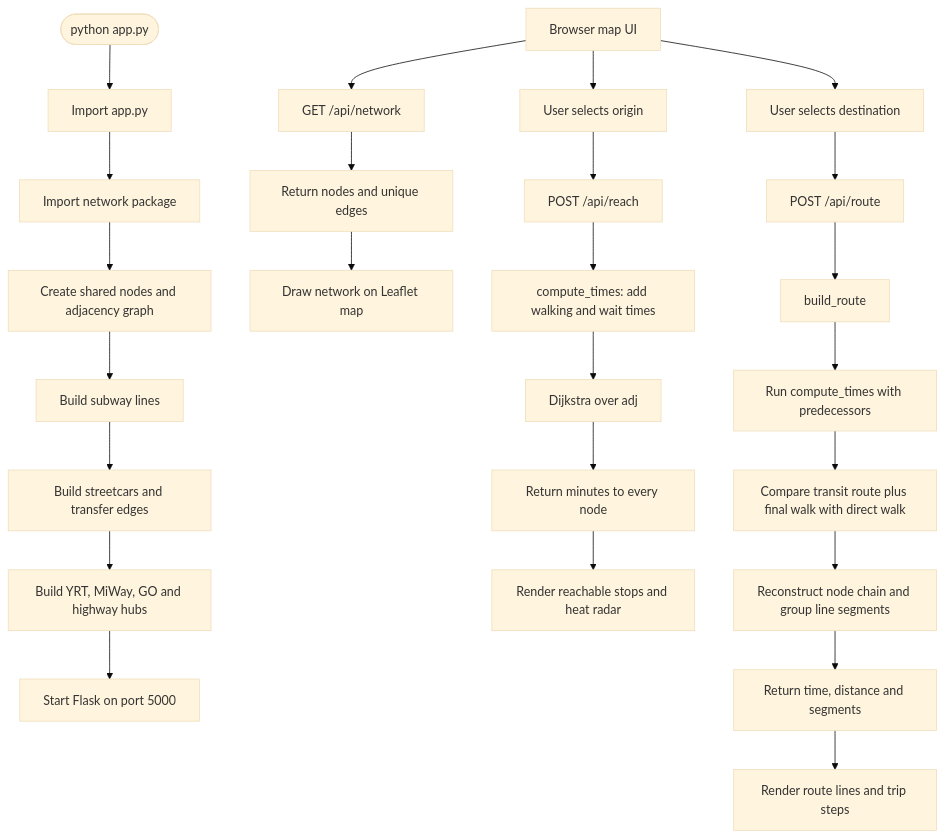
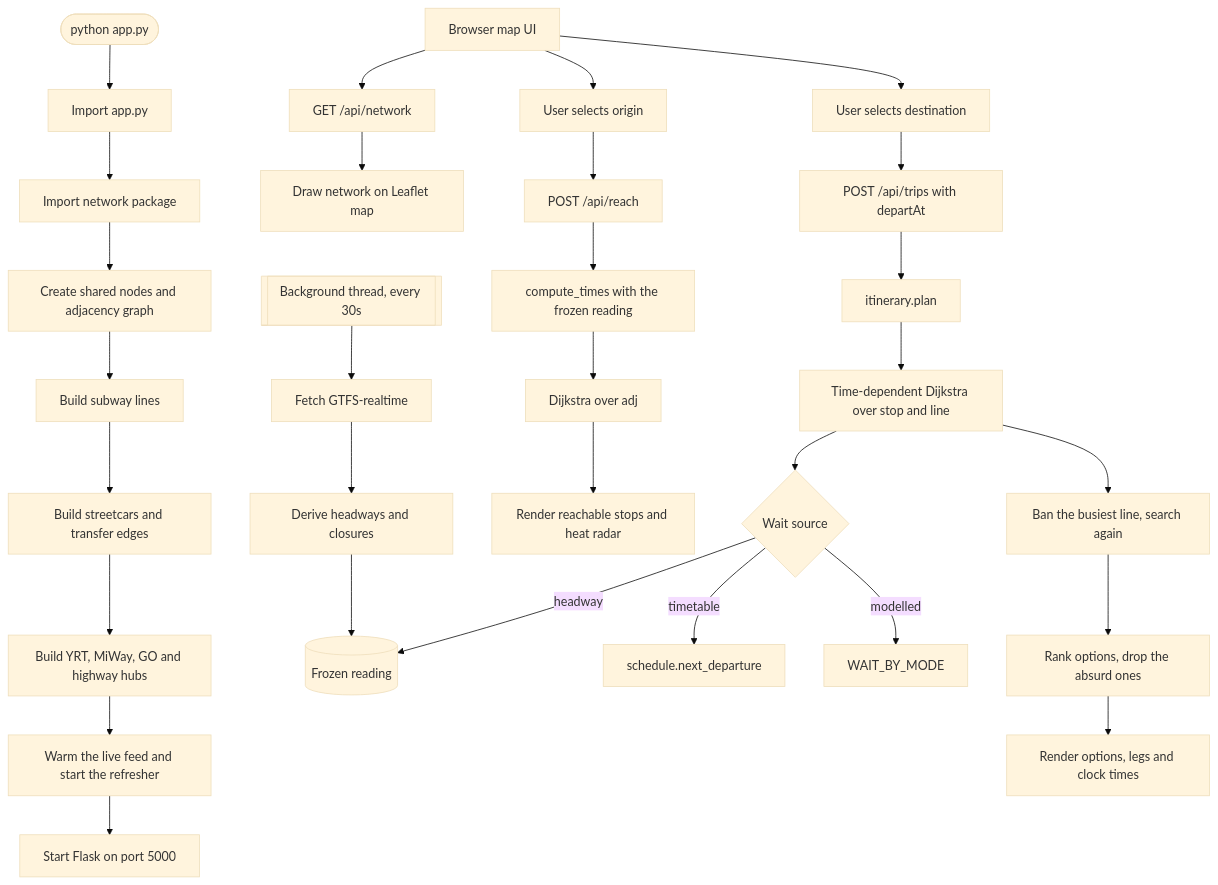
Before and after one commit to luke-zhang-cs-py/Toronto-Transit-Distance-Matrix: the diagram in README.md, drawn with Mermaid (base theme). The commit also changed other lines of this file, not shown here.

````diff
--- a/README.md
+++ b/README.md
@@ -45,30 +132,36 @@
 ```mermaid
 flowchart TD
   Start([python app.py]) --> ImportApp[Import app.py]
   ImportApp --> ImportNetwork[Import network package]
   ImportNetwork --> Graph[Create shared nodes and adjacency graph]
   Graph --> Subway[Build subway lines]
   Subway --> Streetcars[Build streetcars and transfer edges]
   Streetcars --> Regional[Build YRT, MiWay, GO and highway hubs]
-  Regional --> Flask[Start Flask on port 5000]
+  Regional --> Warm[Warm the live feed and start the refresher]
+  Warm --> Flask[Start Flask on port 5000]
+
+  Refresher[[Background thread, every 30s]] --> Fetch[Fetch GTFS-realtime]
+  Fetch --> Derive[Derive headways and closures]
+  Derive --> Cache[(Frozen reading)]
 
   Browser[Browser map UI] --> NetworkRequest[GET /api/network]
-  NetworkRequest --> NetworkResponse[Return nodes and unique edges]
-  NetworkResponse --> DrawNetwork[Draw network on Leaflet map]
+  NetworkRequest --> DrawNetwork[Draw network on Leaflet map]
 
   Browser --> ClickStart[User selects origin]
   ClickStart --> ReachRequest[POST /api/reach]
-  ReachRequest --> ComputeTimes[compute_times: add walking and wait times]
+  ReachRequest --> ComputeTimes[compute_times with the frozen reading]
   ComputeTimes --> Dijkstra[Dijkstra over adj]
-  Dijkstra --> ReachResponse[Return minutes to every node]
-  ReachResponse --> HeatMap[Render reachable stops and heat radar]
+  Dijkstra --> HeatMap[Render reachable stops and heat radar]
 
   Browser --> ClickDestination[User selects destination]
-  ClickDestination --> RouteRequest[POST /api/route]
-  RouteRequest --> BuildRoute[build_route]
-  BuildRoute --> OriginSearch[Run compute_times with predecessors]
-  OriginSearch --> Compare[Compare transit route plus final walk with direct walk]
-  Compare --> Reconstruct[Reconstruct node chain and group line segments]
-  Reconstruct --> RouteResponse[Return time, distance and segments]
-  RouteResponse --> TripView[Render route lines and trip steps]
+  ClickDestination --> TripsRequest[POST /api/trips with departAt]
+  TripsRequest --> Plan[itinerary.plan]
+  Plan --> Search[Time-dependent Dijkstra over stop and line]
+  Search --> Waits{Wait source}
+  Waits -->|timetable| Schedule[schedule.next_departure]
+  Waits -->|headway| Cache
+  Waits -->|modelled| WaitByMode[WAIT_BY_MODE]
+  Search --> Ban[Ban the busiest line, search again]
+  Ban --> Options[Rank options, drop the absurd ones]
+  Options --> TripView[Render options, legs and clock times]
 ```
````
